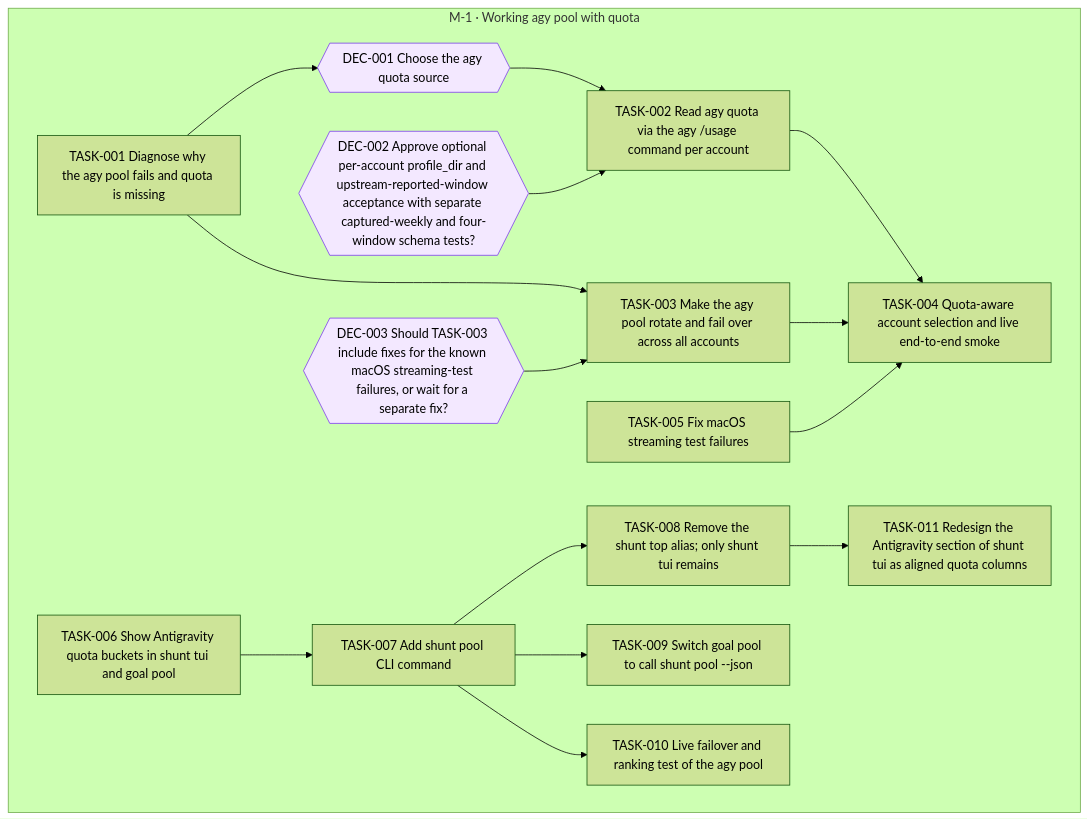
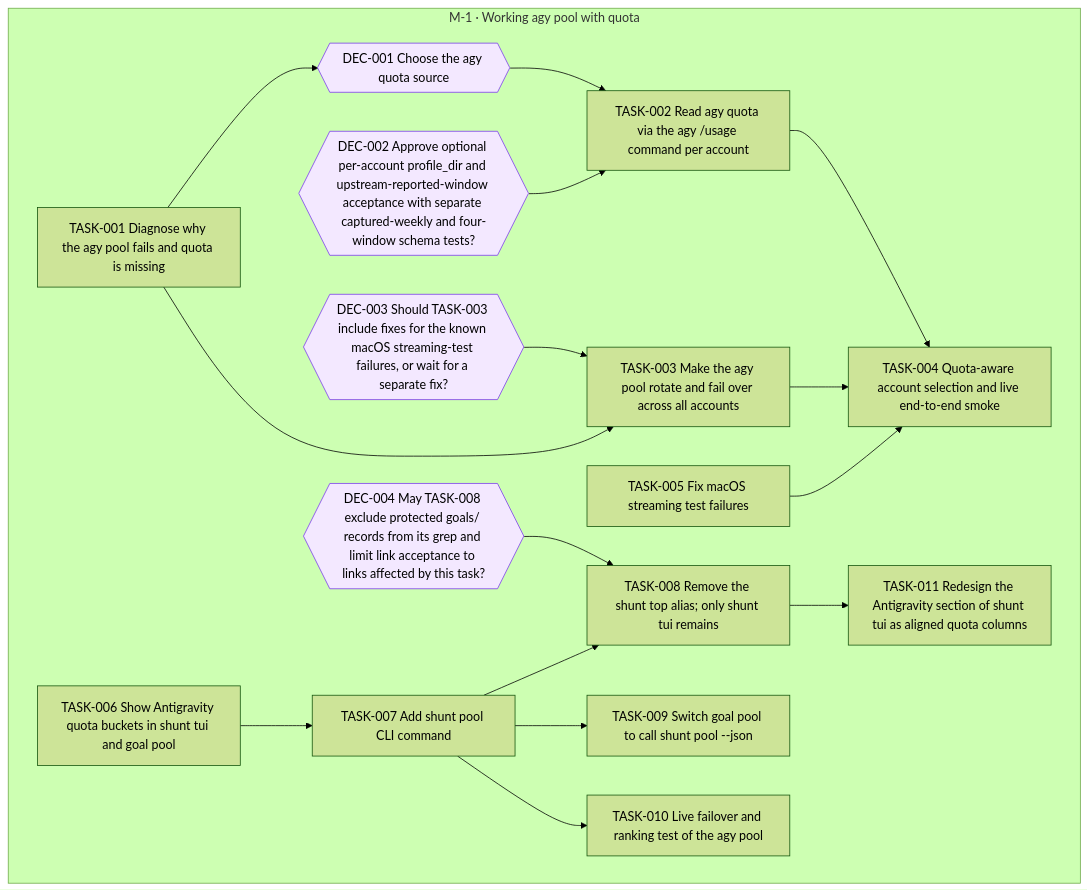
Before and after one commit to jesusvillota/shunt: the diagram in goals/agy-pool/README.md, drawn with Mermaid (forest theme). The commit also changed 3 other files, not shown here.

Commit message:
goal(agy-pool): request DEC-004 from TASK-008

````diff
--- a/goals/agy-pool/README.md
+++ b/goals/agy-pool/README.md
@@ -19,38 +19,41 @@
 ```mermaid
 flowchart TD
   subgraph M_1["M-1 · Working agy pool with quota"]
     DEC_001{{"DEC-001 Choose the agy quota source"}}
     DEC_002{{"DEC-002 Approve optional per-account profile_dir and upstream-reported-window acceptance with separate captured-weekly and four-window schema tests?"}}
     DEC_003{{"DEC-003 Should TASK-003 include fixes for the known macOS streaming-test failures, or wait for a separate fix?"}}
+    DEC_004{{"DEC-004 May TASK-008 exclude protected goals/ records from its grep and limit link acceptance to links affected by this task?"}}
     TASK_001["TASK-001 Diagnose why the agy pool fails and quota is missing"]
     TASK_002["TASK-002 Read agy quota via the agy /usage command per account"]
     TASK_003["TASK-003 Make the agy pool rotate and fail over across all accounts"]
     TASK_004["TASK-004 Quota-aware account selection and live end-to-end smoke"]
     TASK_005["TASK-005 Fix macOS streaming test failures"]
     TASK_006["TASK-006 Show Antigravity quota buckets in shunt tui and goal pool"]
     TASK_007["TASK-007 Add shunt pool CLI command"]
     TASK_008["TASK-008 Remove the shunt top alias; only shunt tui remains"]
     TASK_009["TASK-009 Switch goal pool to call shunt pool --json"]
     TASK_010["TASK-010 Live failover and ranking test of the agy pool"]
     TASK_011["TASK-011 Redesign the Antigravity section of shunt tui as aligned quota columns"]
   end
   TASK_001 --> DEC_001
   DEC_001 --> TASK_002
   DEC_002 --> TASK_002
   TASK_001 --> TASK_003
   DEC_003 --> TASK_003
   TASK_002 --> TASK_004
   TASK_003 --> TASK_004
   TASK_005 --> TASK_004
   TASK_006 --> TASK_007
   TASK_007 --> TASK_008
+  DEC_004 --> TASK_008
   TASK_007 --> TASK_009
   TASK_007 --> TASK_010
   TASK_008 --> TASK_011
   classDef draft stroke-dasharray: 4 3
   classDef cancelled opacity:0.45
   classDef decision fill:#f3e8ff,stroke:#7c3aed
   class DEC_001 decision
   class DEC_002 decision
   class DEC_003 decision
+  class DEC_004 decision
 ```
````
